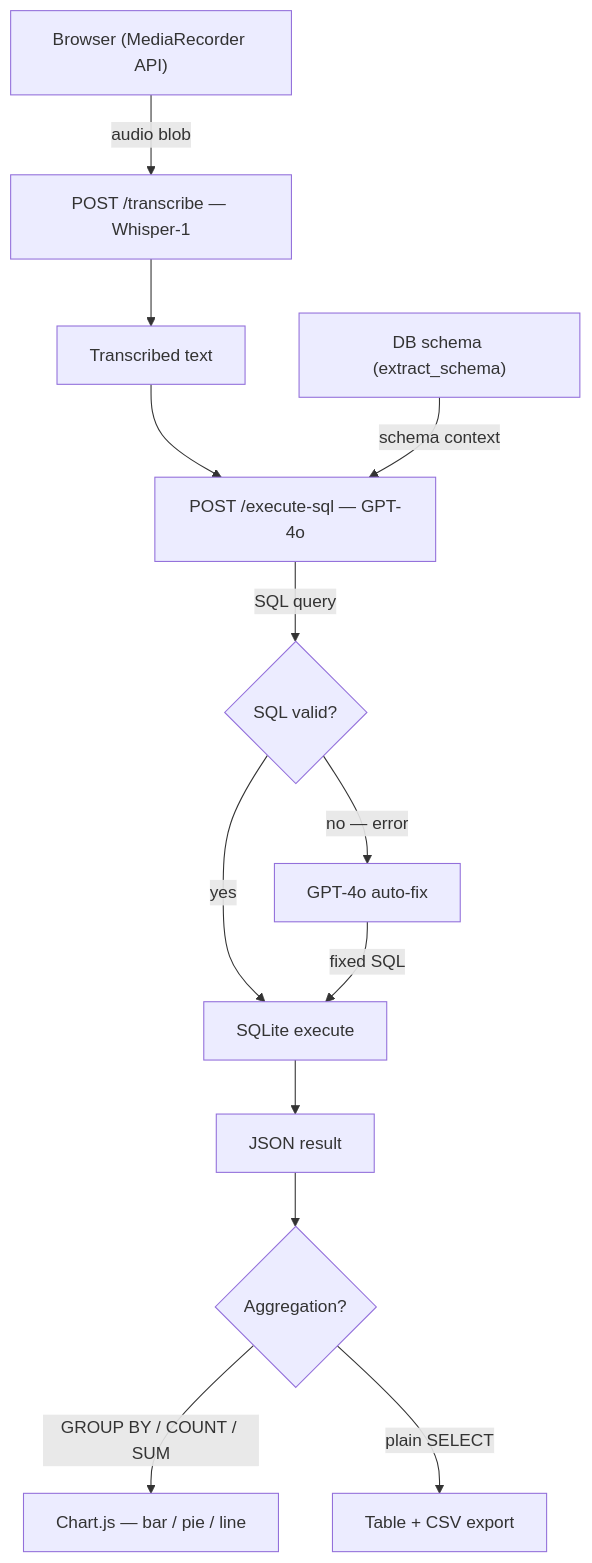
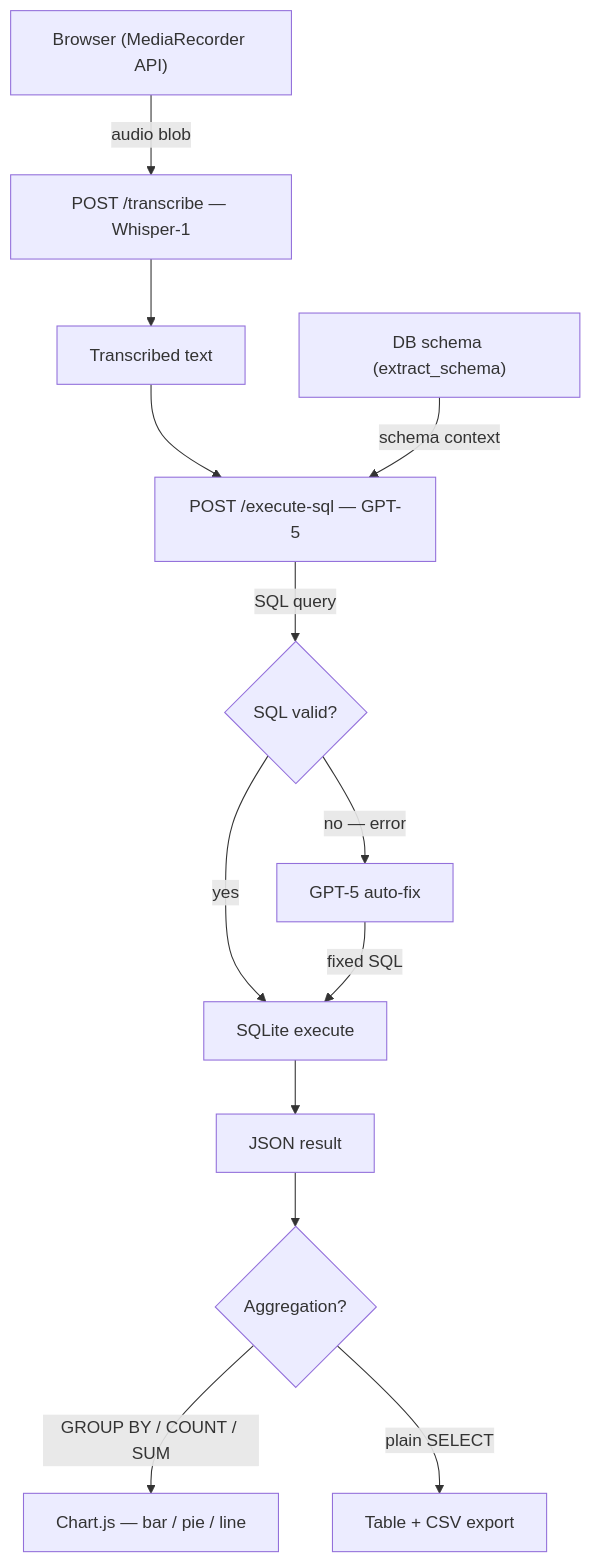
One commit to pavlablo/Voice-controlled-database-querying changed the diagram in README.md. Above: the diagram before and after it, drawn with Mermaid. The commit also changed other lines of this file, not shown here.

Commit message:
Update GPT version from 4o to 5 in README

````diff
--- a/README.md
+++ b/README.md
@@ -29,28 +29,28 @@
 ```mermaid
 flowchart TD
     A["Browser (MediaRecorder API)"]
     B["POST /transcribe — Whisper-1"]
     C["Transcribed text"]
-    D["POST /execute-sql — GPT-4o"]
+    D["POST /execute-sql — GPT-5"]
     E["DB schema (extract_schema)"]
     F{"SQL valid?"}
-    G["GPT-4o auto-fix"]
+    G["GPT-5 auto-fix"]
     H["SQLite execute"]
     I["JSON result"]
     J{"Aggregation?"}
     K["Chart.js — bar / pie / line"]
     L["Table + CSV export"]
 
     A -->|audio blob| B
     B --> C
     C --> D
     E -->|schema context| D
     D -->|SQL query| F
     F -->|yes| H
     F -->|no — error| G
     G -->|fixed SQL| H
     H --> I
     I --> J
     J -->|GROUP BY / COUNT / SUM| K
     J -->|plain SELECT| L
 ```
````
